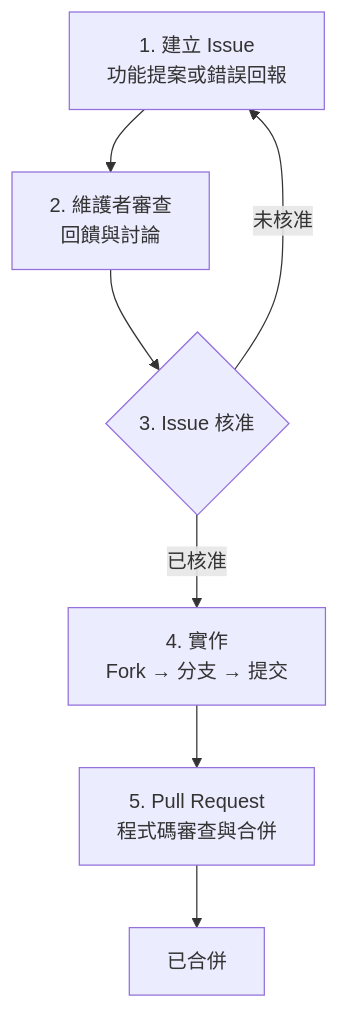
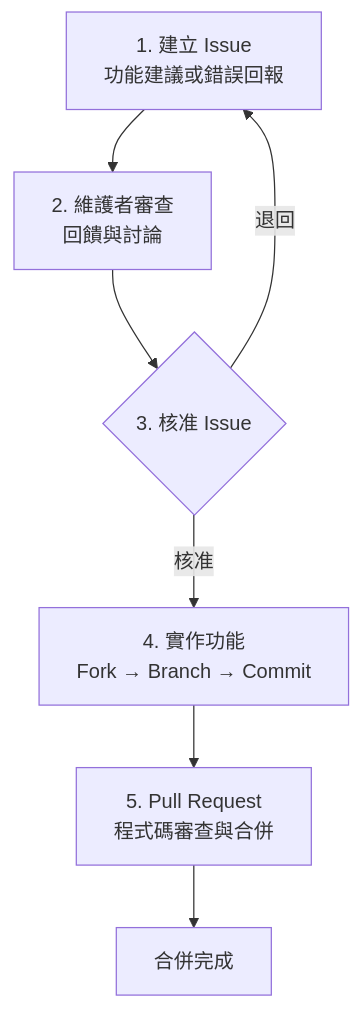
Before and after one commit to NARUBROWN/spine-site: the diagram in docs/zh-Hant/community/contributing.md, drawn with Mermaid. The commit also changed other lines of this file and 158 other files, not shown here.

````diff
--- a/docs/zh-Hant/community/contributing.md
+++ b/docs/zh-Hant/community/contributing.md
@@ -9,9 +9,9 @@
 ```mermaid
 flowchart TD
-    A[1. 建立 Issue<br/>功能提案或錯誤回報] --> B[2. 維護者審查<br/>回饋與討論]
-    B --> C{3. Issue 核准}
-    C -->|已核准| D[4. 實作<br/>Fork → 分支 → 提交]
-    C -->|未核准| A
+    A[1. 建立 Issue<br/>功能建議或錯誤回報] --> B[2. 維護者審查<br/>回饋與討論]
+    B --> C{3. 核准 Issue}
+    C -->|核准| D[4. 實作功能<br/>Fork → Branch → Commit]
+    C -->|退回| A
     D --> E[5. Pull Request<br/>程式碼審查與合併]
-    E --> F[已合併]
+    E --> F[合併完成]
 ```
````
